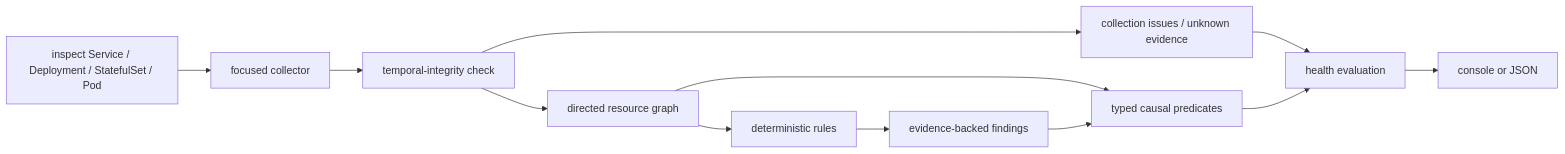
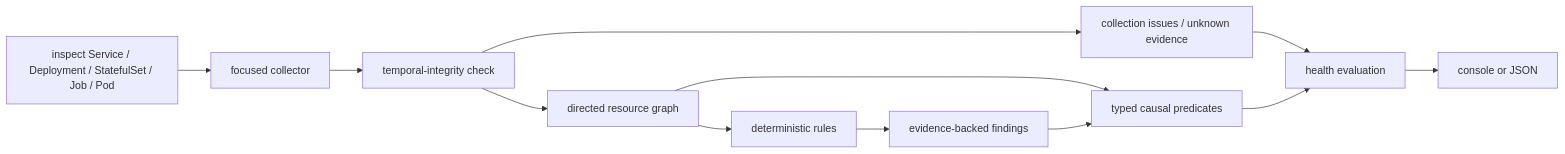
One commit to leventozen/kubectl-tuna changed the diagram in docs/how-it-works.md. Above: the diagram before and after it, drawn with Mermaid. The commit also changed other lines of this file and 26 other files, not shown here.

````diff
--- a/docs/how-it-works.md
+++ b/docs/how-it-works.md
@@ -7,14 +7,14 @@
 ```mermaid
 flowchart LR
-    CLI["inspect Service / Deployment / StatefulSet / Pod"] --> C["focused collector"]
+    CLI["inspect Service / Deployment / StatefulSet / Job / Pod"] --> C["focused collector"]
     C --> T["temporal-integrity check"]
     T --> G["directed resource graph"]
     T --> U["collection issues / unknown evidence"]
     G --> R["deterministic rules"]
     R --> F["evidence-backed findings"]
     G --> X["typed causal predicates"]
     F --> X
     U --> H["health evaluation"]
     X --> H
     H --> O["console or JSON"]
 ```
````
